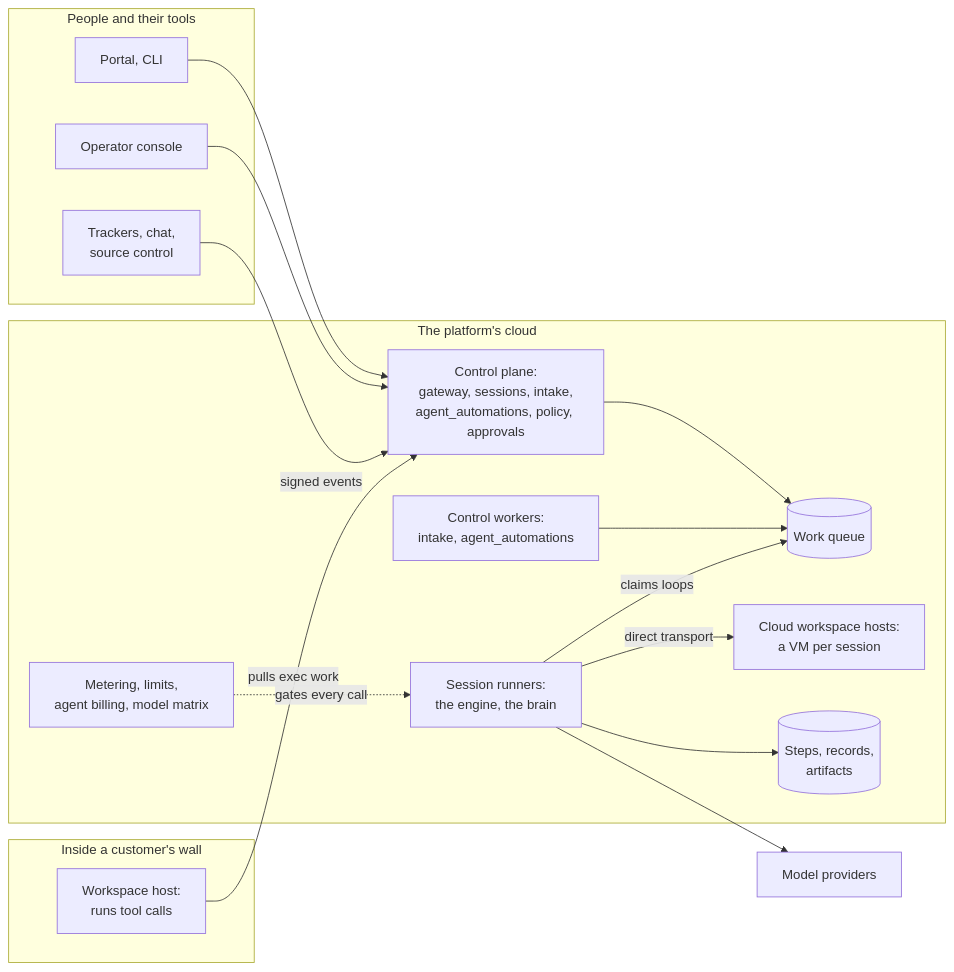
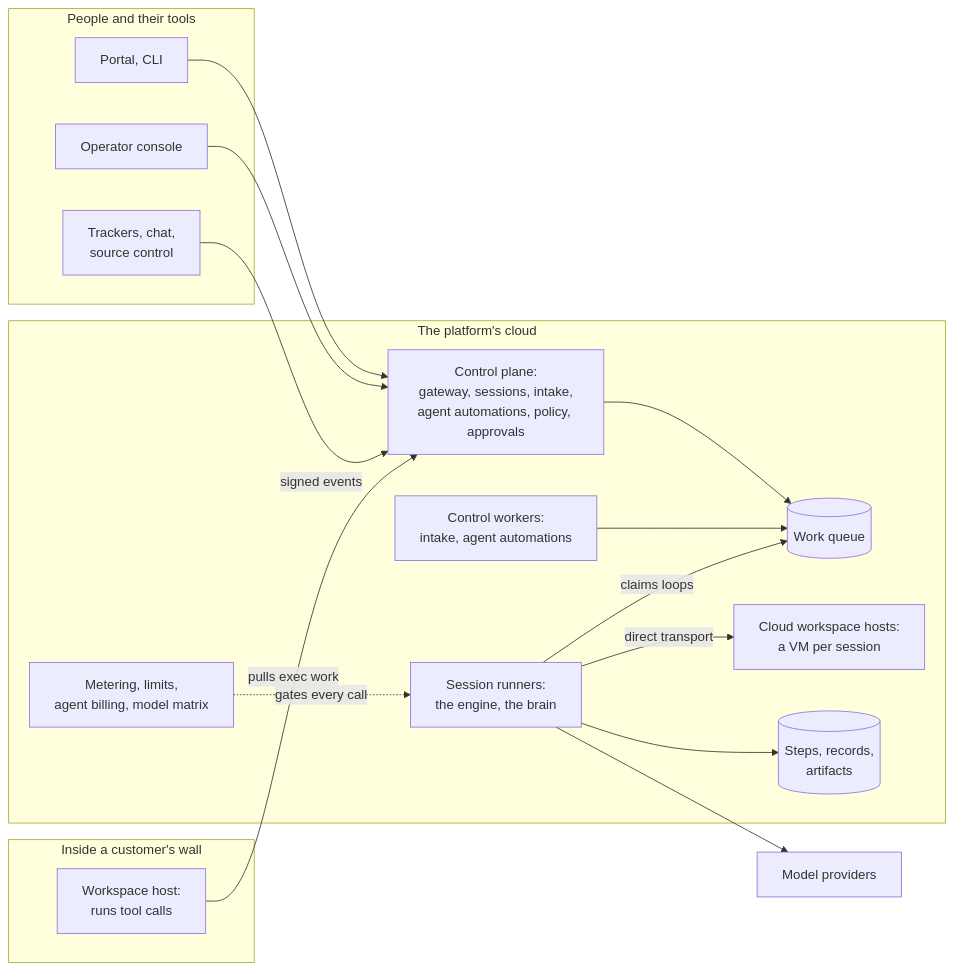
One commit to baristaze/distro_gentic changed the diagram in distro_gentic_spec.md. Above: the diagram before and after it, drawn with Mermaid. The commit also changed other lines of this file and 156 other files, not shown here.

````diff
--- a/distro_gentic_spec.md
+++ b/distro_gentic_spec.md
@@ -144,33 +144,33 @@
 ```mermaid
 flowchart LR
     subgraph Outside [People and their tools]
         Apps[Portal, CLI]
         Ops[Operator console]
         Ext[Trackers, chat,<br/>source control]
     end
     subgraph Cloud [The platform's cloud]
-        CP[Control plane:<br/>gateway, sessions, intake,<br/>agent_automations, policy, approvals]
-        CW[Control workers:<br/>intake, agent_automations]
+        CP[Control plane:<br/>gateway, sessions, intake,<br/>agent automations, policy, approvals]
+        CW[Control workers:<br/>intake, agent automations]
         Q[(Work queue)]
         SR[Session runners:<br/>the engine, the brain]
         CWS[Cloud workspace hosts:<br/>a VM per session]
         Rec[(Steps, records,<br/>artifacts)]
         Money[Metering, limits,<br/>agent billing, model matrix]
     end
     subgraph Wall [Inside a customer's wall]
         WH[Workspace host:<br/>runs tool calls]
     end
     LLM[Model providers]
 
     Apps --> CP
     Ops --> CP
     Ext -->|signed events| CP
     CP --> Q
     CW --> Q
     SR -->|claims loops| Q
     SR -->|direct transport| CWS
     WH -->|pulls exec work| CP
     SR --> LLM
     SR --> Rec
     Money -.->|gates every call| SR
 ```
````
